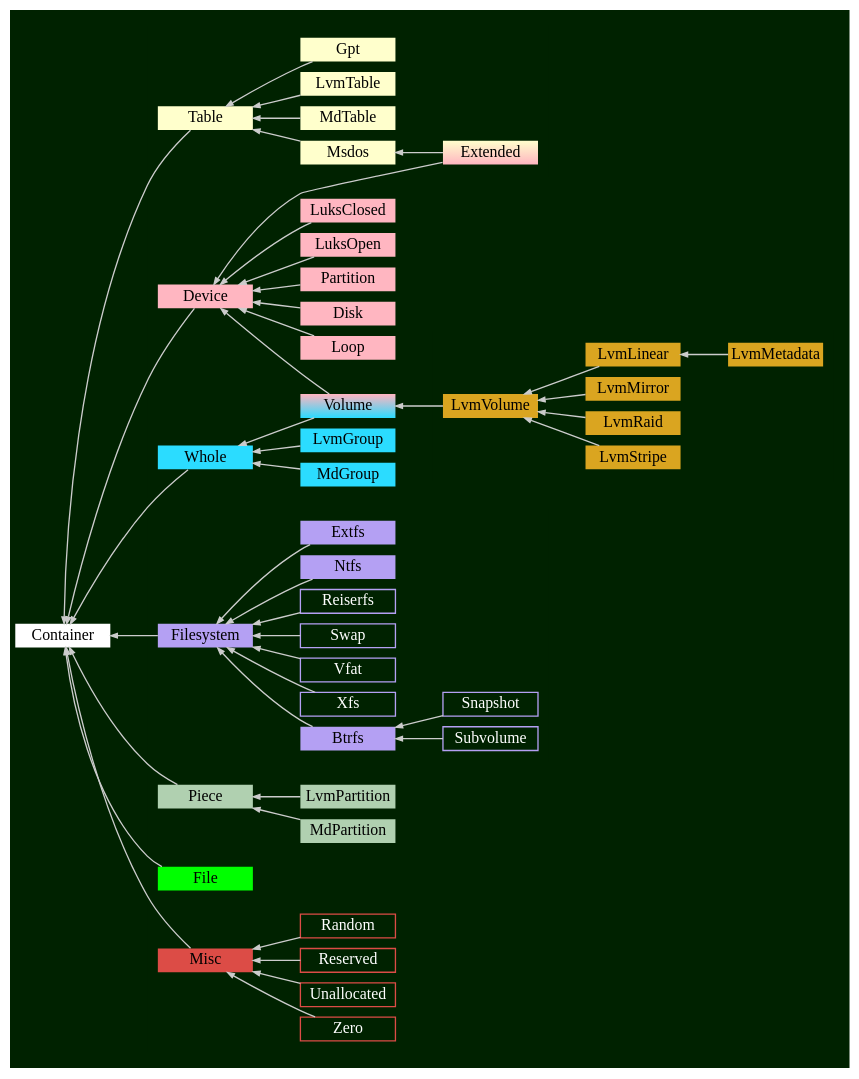
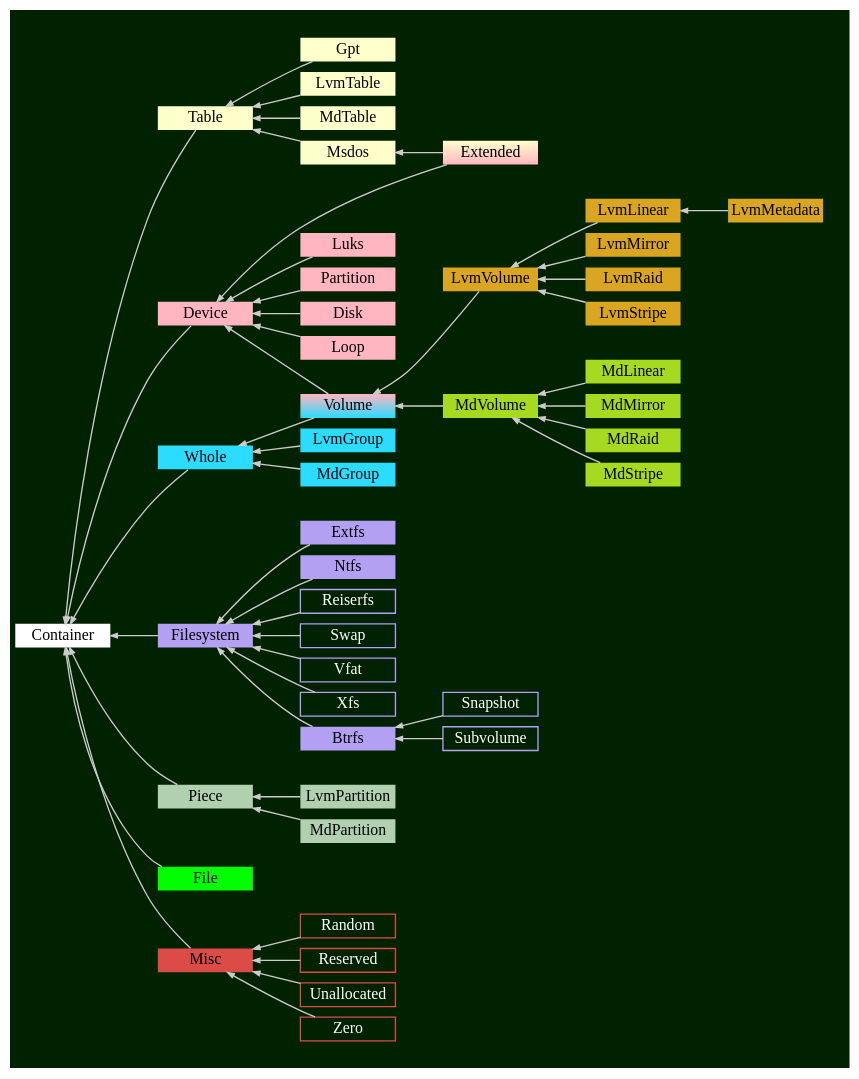
The diagram in gfx/class_dparted4.gv (flatcap/dparted), drawn with Graphviz before and after one commit. The commit also changed 7 other files, not shown here.

```diff
--- a/gfx/class_dparted4.gv
+++ b/gfx/class_dparted4.gv
@@ -1,165 +1,159 @@
 digraph G
 {
 	graph [ rankdir="RL" bgcolor="#002200", color=white nodesep=0.1 ranksep=0.5 ];
 	node  [ shape=record fontsize=12 style=filled color=white width="1.0" height="0.25" fixedsize=true penwidth=0 ];
 	edge  [ penwidth=1.0 color="#CCCCCC" arrowsize=0.5 ];
 
 	Container      [ fillcolor="#FFFFFF" ];
 
 	Table          [ fillcolor="#FFFFCC" ];
 	Gpt            [ fillcolor="#FFFFCC" ];
 	LvmTable       [ fillcolor="#FFFFCC" ];
 	MdTable        [ fillcolor="#FFFFCC" ];
 	Msdos          [ fillcolor="#FFFFCC" ];
 	Extended       [ fillcolor="#FFFFCC:#FFB6C1" gradientangle=270 ];
 
 	Btrfs          [ fillcolor="#B4A0F3" ];
 	Extfs          [ fillcolor="#B4A0F3" ];
 	Filesystem     [ fillcolor="#B4A0F3" ];
 	Ntfs           [ fillcolor="#B4A0F3" ];
 
 	Reiserfs       [ color="#B4A0F3" fontcolor=white style=solid penwidth=1 ];
 	Swap           [ color="#B4A0F3" fontcolor=white style=solid penwidth=1 ];
 	Vfat           [ color="#B4A0F3" fontcolor=white style=solid penwidth=1 ];
 	Xfs            [ color="#B4A0F3" fontcolor=white style=solid penwidth=1 ];
 
 	BtrfsSnapshot  [ label="Snapshot"  color="#B4A0F3" fontcolor=white style=solid penwidth=1 ];
 	BtrfsSubvolume [ label="Subvolume" color="#B4A0F3" fontcolor=white style=solid penwidth=1 ];
 
 	Volume         [ fillcolor="#2BDCFF:#FFB6C1" gradientangle=90 ];
 	Whole          [ fillcolor="#2BDCFF" ];
 
 	LvmLinear      [ fillcolor="#DAA520" ];
 	LvmMetadata    [ fillcolor="#DAA520" ];
 	LvmMirror      [ fillcolor="#DAA520" ];
 	LvmRaid        [ fillcolor="#DAA520" ];
 	LvmStripe      [ fillcolor="#DAA520" ];
 	LvmVolume      [ fillcolor="#DAA520" ];
 
-	/*
 	MdLinear       [ fillcolor="#A5DA20" ];
 	MdMirror       [ fillcolor="#A5DA20" ];
 	MdRaid         [ fillcolor="#A5DA20" ];
 	MdStripe       [ fillcolor="#A5DA20" ];
 	MdVolume       [ fillcolor="#A5DA20" ];
-	*/
 
 	Device         [ fillcolor="#FFB6C1" ];
-	LuksClosed     [ fillcolor="#FFB6C1" ];
-	LuksOpen       [ fillcolor="#FFB6C1" ];
+	Luks           [ fillcolor="#FFB6C1" ];
 	Partition      [ fillcolor="#FFB6C1" ];
 
 	Disk           [ fillcolor="#FFB6C1" ];
 	Loop           [ fillcolor="#FFB6C1" ];
 
 	LvmPartition   [ fillcolor="#B0D0B0" ];
 	MdPartition    [ fillcolor="#B0D0B0" ];
 	Piece          [ fillcolor="#B0D0B0" ];
 
 	File           [ fillcolor="#00FF00" ];
 
 	Misc           [ fillcolor="#DC4C46" ];
 	Random         [ color="#DC4C46" fontcolor=white style=solid penwidth=1 ];
 	Reserved       [ color="#DC4C46" fontcolor=white style=solid penwidth=1 ];
 	Unallocated    [ color="#DC4C46" fontcolor=white style=solid penwidth=1 ];
 	Zero           [ color="#DC4C46" fontcolor=white style=solid penwidth=1 ];
 
 	LvmGroup       [ fillcolor="#2BDCFF" ];
 	MdGroup        [ fillcolor="#2BDCFF" ];
 
 	Device     -> Container;
 	Filesystem -> Container;
 	Misc       -> Container;
 	Piece      -> Container;
 	Table      -> Container;
 	Whole      -> Container;
 
 	File       -> Container;
 
 	LvmVolume  -> Volume;
-	//MdVolume   -> Volume;
+	MdVolume   -> Volume;
 
 	Extended   -> Device;
 
 	subgraph cluster_1 {
 		color = transparent;
 
 		Extended             -> Msdos;
 
 		Gpt                  -> Table;
 		LvmTable             -> Table;
 		MdTable              -> Table;
 		Msdos                -> Table;
 	}
 
 	subgraph cluster_2 {
 		color = transparent;
 
 		Btrfs                -> Filesystem;
 		Extfs                -> Filesystem;
 		Ntfs                 -> Filesystem;
 		Reiserfs             -> Filesystem;
 		Swap                 -> Filesystem;
 		Vfat                 -> Filesystem;
 		Xfs                  -> Filesystem;
 
 		BtrfsSubvolume       -> Btrfs;
 		BtrfsSnapshot        -> Btrfs;
 	}
 
 	subgraph cluster_3 {
 		color = transparent;
 
 		Zero                 -> Misc;
 		Random               -> Misc;
 		Reserved             -> Misc;
 		Unallocated          -> Misc;
 	}
 
 	subgraph cluster_4 {
 		color = transparent;
 
 		LvmPartition         -> Piece;
 		MdPartition          -> Piece;
 	}
 
 	subgraph cluster_5 {
 		color = transparent;
 
 		LvmMetadata          -> LvmLinear;
 		LvmLinear            -> LvmVolume;
 		LvmMirror            -> LvmVolume;
 		LvmRaid              -> LvmVolume;
 		LvmStripe            -> LvmVolume;
 	}
 
-	/*
 	subgraph cluster_6 {
 		color = transparent;
 
 		MdLinear             -> MdVolume;
 		MdMirror             -> MdVolume;
 		MdRaid               -> MdVolume;
 		MdStripe             -> MdVolume;
 	}
-	*/
 
 	subgraph cluster_7 {
 		color = transparent;
 
 		LvmGroup             -> Whole;
 		MdGroup              -> Whole;
 		Volume               -> Whole;
 	}
 
 	subgraph cluster_8 {
 		color = transparent;
 
 		Partition            -> Device;
-		LuksOpen             -> Device;
-		LuksClosed           -> Device;
+		Luks                 -> Device;
 		Disk                 -> Device;
 		Loop                 -> Device;
 		Volume               -> Device;
 	}
 }
```
